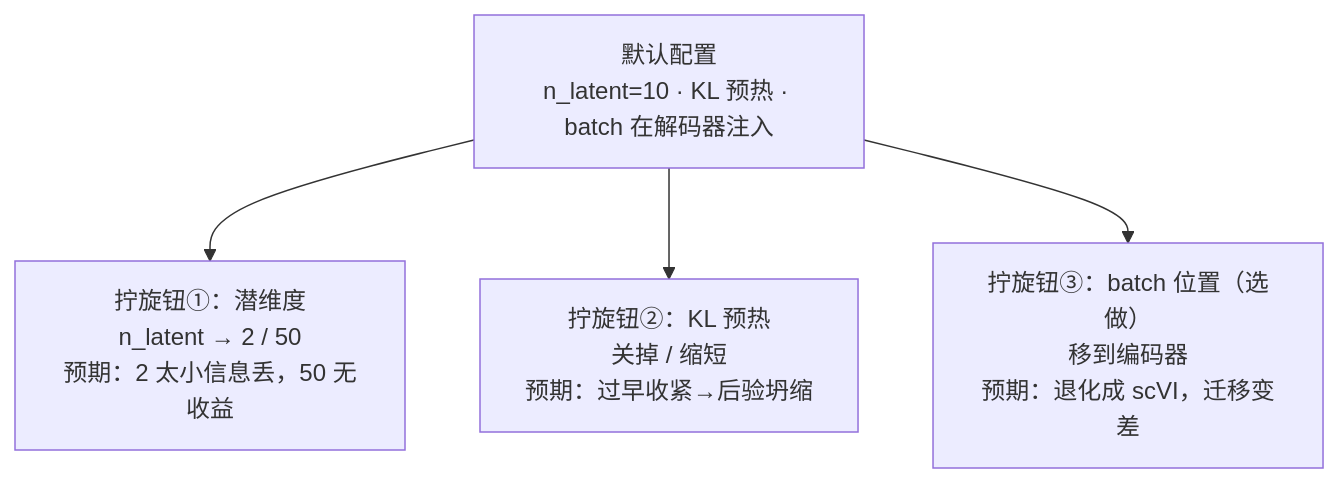
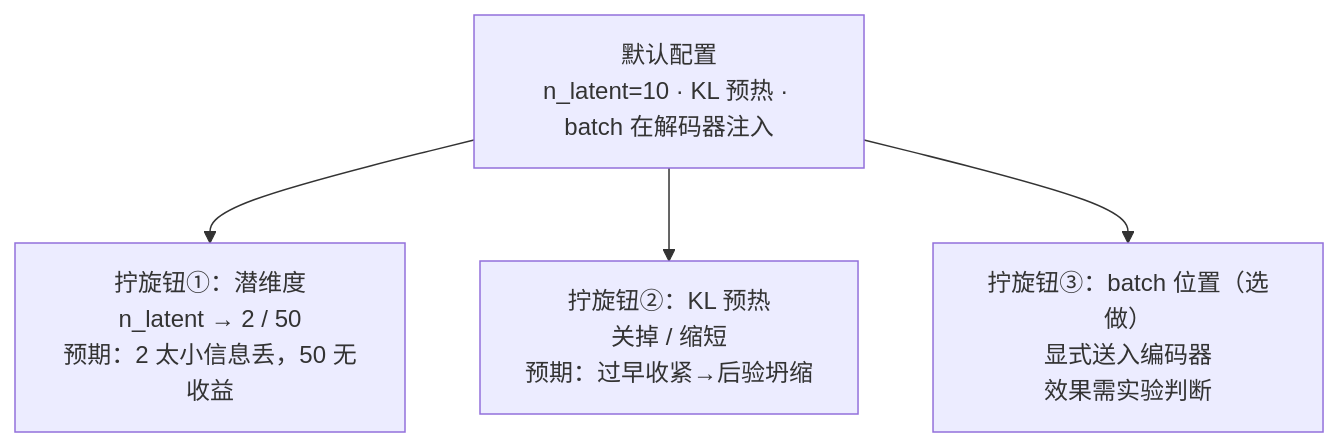
Before and after one commit to HEIMA-programmer/bio: the diagram in reports/phase4_ablation_studies.md, drawn with Mermaid. The commit also changed other lines of this file and 49 other files, not shown here.

````diff
--- a/reports/phase4_ablation_studies.md
+++ b/reports/phase4_ablation_studies.md
@@ -14,7 +14,7 @@
 ```mermaid
 flowchart TB
     D["默认配置<br/>n_latent=10 · KL 预热 · batch 在解码器注入"]
     D --> A1["拧旋钮①：潜维度<br/>n_latent → 2 / 50<br/>预期：2 太小信息丢，50 无收益"]
     D --> A2["拧旋钮②：KL 预热<br/>关掉 / 缩短<br/>预期：过早收紧→后验坍缩"]
-    D --> A3["拧旋钮③：batch 位置（选做）<br/>移到编码器<br/>预期：退化成 scVI，迁移变差"]
+    D --> A3["拧旋钮③：batch 位置（选做）<br/>显式送入编码器<br/>效果需实验判断"]
 ```
````
